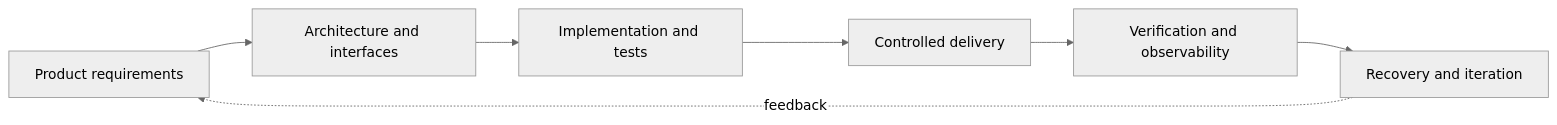
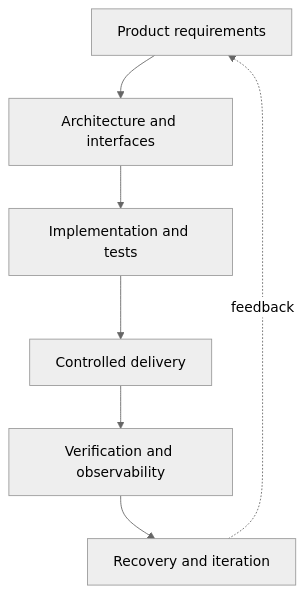
Before and after one commit to whoisoldman/whoisoldman.github.io: the diagram in README.md, drawn with Mermaid (neutral theme). The commit also changed other lines of this file, not shown here.

Commit message:
Change flowchart direction in README
Updated flowchart direction from LR to TB in README.

````diff
--- a/README.md
+++ b/README.md
@@ -39,9 +40,9 @@
 ```mermaid
-flowchart LR
+flowchart TB
     A[Product requirements] --> B[Architecture and interfaces]
     B --> C[Implementation and tests]
     C --> D[Controlled delivery]
     D --> E[Verification and observability]
     E --> F[Recovery and iteration]
     F -. feedback .-> A
 ```
````
